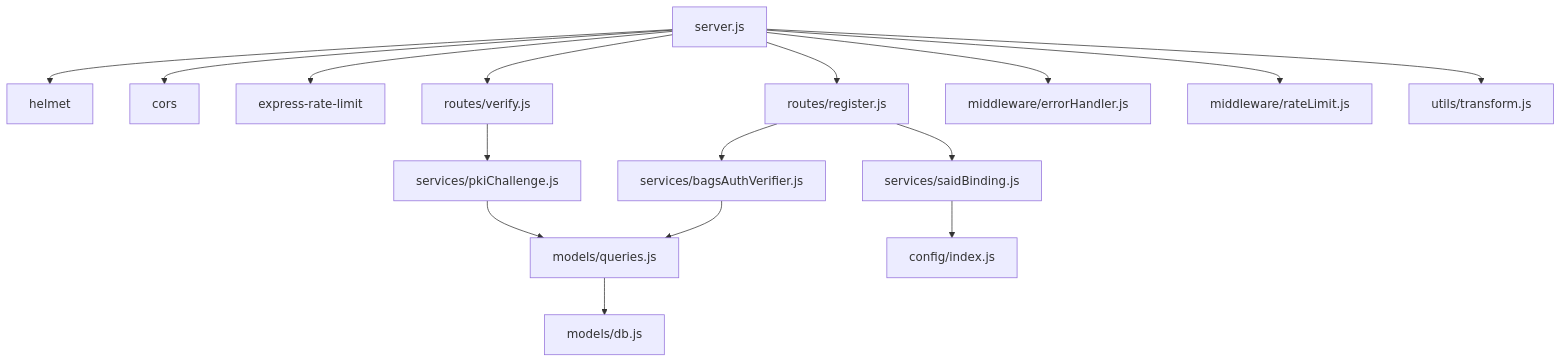
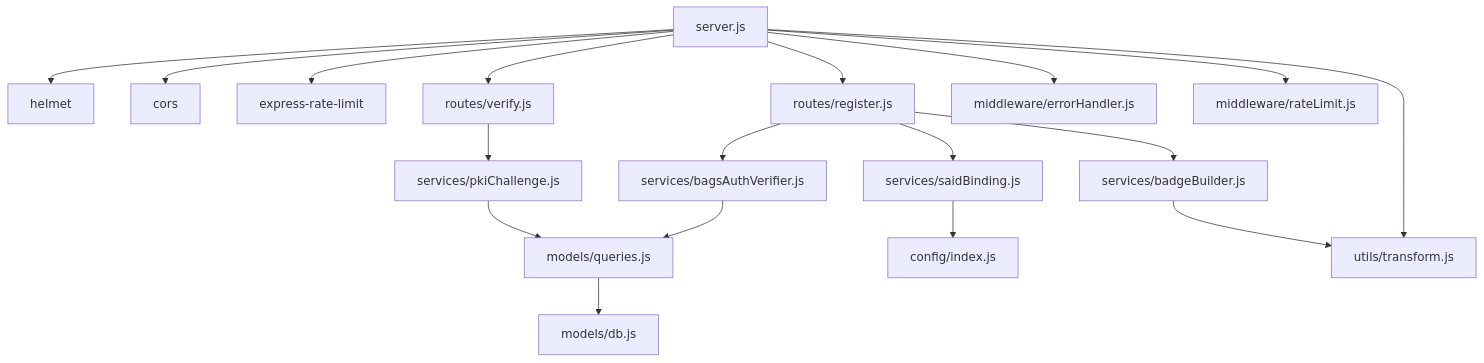
Before and after one commit to RunTimeAdmin/AgentID: the seventh of 7 diagrams in .qoder/repowiki/en/content/Architecture Overview/Security Architecture.md, drawn with Mermaid. The commit also changed other lines of this file and 4 other files, not shown here.

````diff
--- a/.qoder/repowiki/en/content/Architecture Overview/Security Architecture.md
+++ b/.qoder/repowiki/en/content/Architecture Overview/Security Architecture.md
@@ -354,18 +376,20 @@
 ```mermaid
 graph TB
 Server["server.js"] --> Helmet["helmet"]
 Server --> CORS["cors"]
 Server --> RateLimit["express-rate-limit"]
 Server --> RoutesReg["routes/register.js"]
 Server --> RoutesVer["routes/verify.js"]
 RoutesReg --> Bags["services/bagsAuthVerifier.js"]
 RoutesReg --> Said["services/saidBinding.js"]
+RoutesReg --> Badge["services/badgeBuilder.js"]
 RoutesVer --> Pki["services/pkiChallenge.js"]
 Pki --> Queries["models/queries.js"]
 Bags --> Queries
 Said --> Config["config/index.js"]
+Badge --> Transform["utils/transform.js"]
 Queries --> DB["models/db.js"]
 Server --> ErrorHandler["middleware/errorHandler.js"]
 Server --> RateLimitMW["middleware/rateLimit.js"]
-Server --> Transform["utils/transform.js"]
+Server --> Transform
 ```
````
